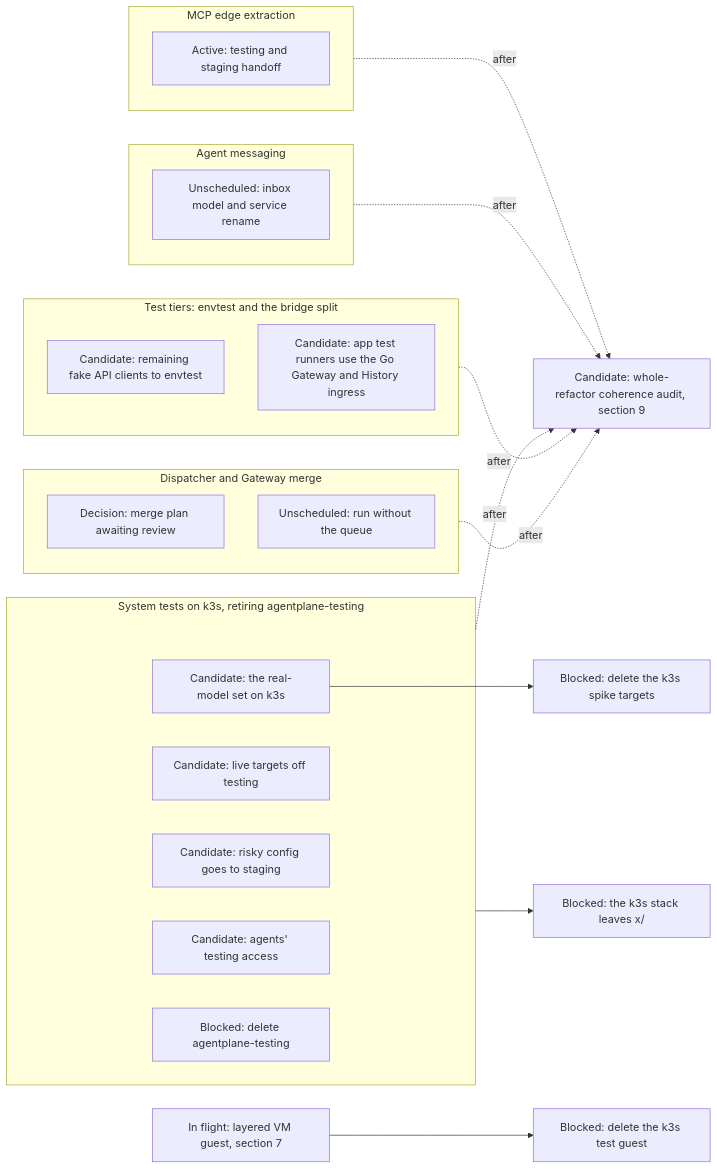
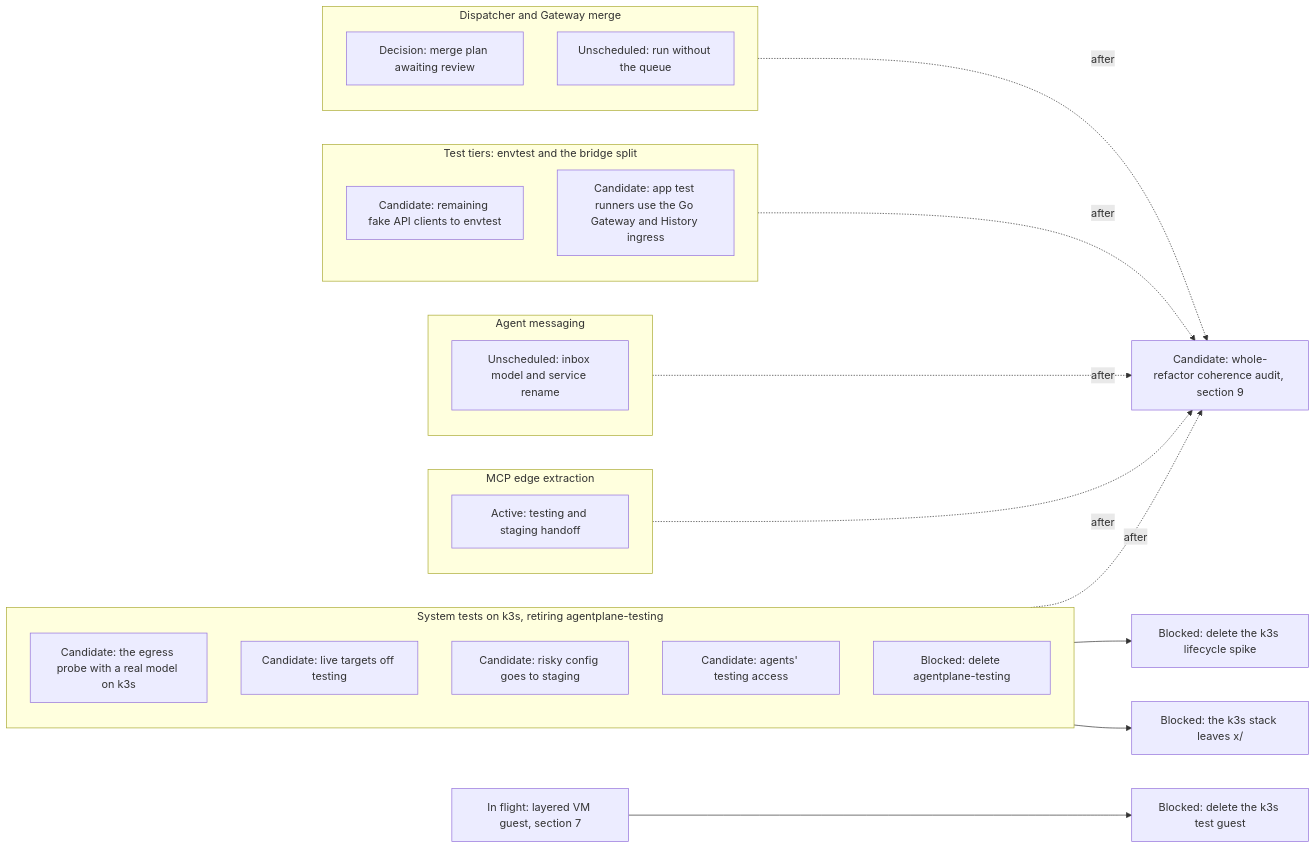
One commit to agentydragon-agent/ducktape changed the first of 19 diagrams in agentplane/plans/task_dag.md. Above: the diagram before and after it, drawn with Mermaid. The commit also changed other lines of this file and 13 other files, not shown here.

First line of the commit message:
agentplane: real-model system tests on k3s

````diff
--- a/agentplane/plans/task_dag.md
+++ b/agentplane/plans/task_dag.md
@@ -29,32 +29,32 @@
 ```mermaid
 flowchart LR
     subgraph ACTION_TRACK[MCP edge extraction]
         ACTION_MCP_EDGE_SPLIT[Active: testing and staging handoff]
     end
     subgraph MESSAGING_TRACK[Agent messaging]
         NOTIFICATION_SERVICE_SPLIT[Unscheduled: inbox model and service rename]
     end
     subgraph K3S_TRACK[System tests on k3s, retiring agentplane-testing]
-        K3S_MODEL_SCENARIOS[Candidate: the real-model set on k3s]
+        K3S_MODEL_SCENARIOS[Candidate: the egress probe with a real model on k3s]
         LIVE_TARGETS_OFF_TESTING[Candidate: live targets off testing]
         STAGING_FIRST_ROLLOUT[Candidate: risky config goes to staging]
         AGENT_TESTING_ACCESS_RETIRE[Candidate: agents' testing access]
         TESTING_ENVIRONMENT_RETIRE[Blocked: delete agentplane-testing]
     end
     subgraph TIER_TRACK[Test tiers: envtest and the bridge split]
         FAKE_CLIENTS_TO_ENVTEST[Candidate: remaining fake API clients to envtest]
         APP_TEST_RUNNER_FIXTURES_GO[Candidate: app test runners use the Go Gateway and History ingress]
     end
     subgraph DISPATCH_TRACK[Dispatcher and Gateway merge]
         DISPATCHER_PERSISTENCE_MODEL_DESIGN[Decision: merge plan awaiting review]
         DISPATCHER_QUEUE_OPTIONAL[Unscheduled: run without the queue]
     end
     K3S_TRACK --> K3S_ENV_OUT_OF_X[Blocked: the k3s stack leaves x/]
-    K3S_MODEL_SCENARIOS --> K3S_SPIKE_TARGETS_RETIRE[Blocked: delete the k3s spike targets]
+    K3S_TRACK --> K3S_SPIKE_TARGETS_RETIRE[Blocked: delete the k3s lifecycle spike]
     RUNNER_LAYERING_VM[In flight: layered VM guest, section 7] --> K3S_TEST_GUEST_RETIRE[Blocked: delete the k3s test guest]
     ACTION_TRACK -. after .-> REFACTOR_COHERENCE_AUDIT[Candidate: whole-refactor coherence audit, section 9]
     MESSAGING_TRACK -. after .-> REFACTOR_COHERENCE_AUDIT
     K3S_TRACK -. after .-> REFACTOR_COHERENCE_AUDIT
     TIER_TRACK -. after .-> REFACTOR_COHERENCE_AUDIT
     DISPATCH_TRACK -. after .-> REFACTOR_COHERENCE_AUDIT
 ```
````
